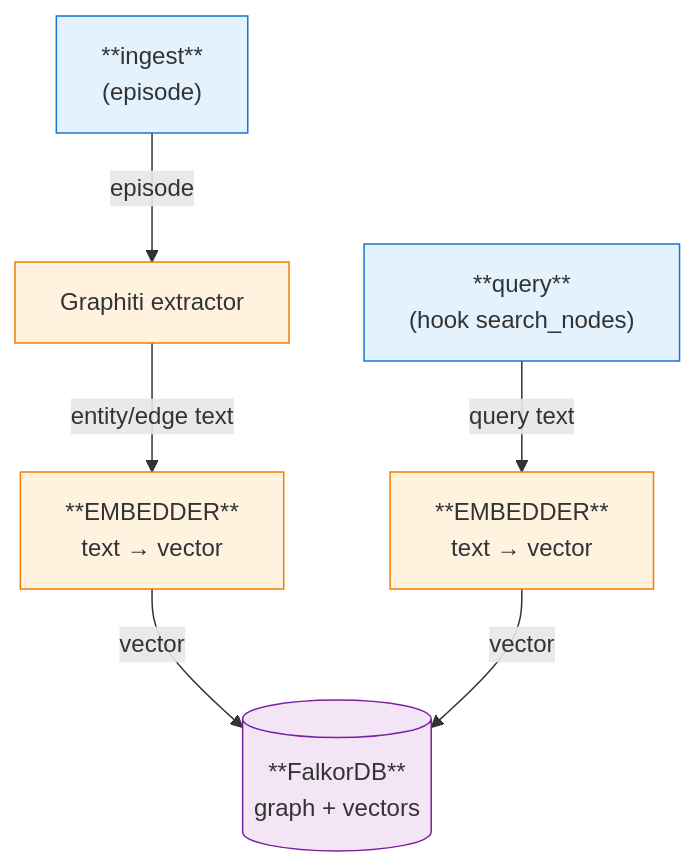
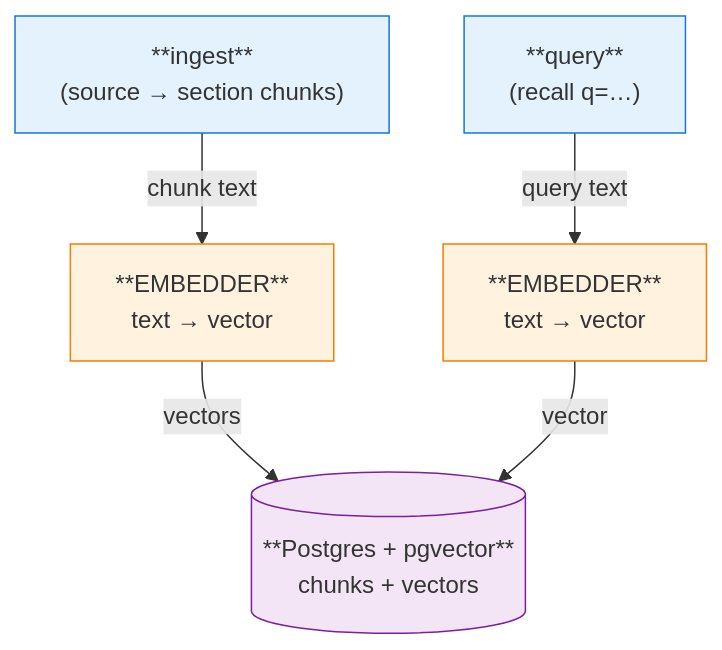
One commit to slaguardia/brainbot changed the diagram in docs/embedder.md. Above: the diagram before and after it, drawn with Mermaid. The commit also changed other lines of this file and 32 other files, not shown here.

First line of the commit message:
docs: consolidate all docs into docs/, prune dead graphiti-era docs + shipped plans

````diff
--- a/docs/embedder.md
+++ b/docs/embedder.md
@@ -19,22 +12,20 @@
 ```mermaid
 flowchart TD
-    ingest["**ingest**<br/>(episode)"]
-    extractor["Graphiti extractor"]
+    ingest["**ingest**<br/>(source → section chunks)"]
     embed1["**EMBEDDER**<br/>text → vector"]
-    falkor[("**FalkorDB**<br/>graph + vectors")]
+    pg[("**Postgres + pgvector**<br/>chunks + vectors")]
     embed2["**EMBEDDER**<br/>text → vector"]
-    query["**query**<br/>(hook search_nodes)"]
+    query["**query**<br/>(recall q=…)"]
 
-    ingest -->|episode| extractor
-    extractor -->|entity/edge text| embed1
-    embed1 -->|vector| falkor
+    ingest -->|chunk text| embed1
+    embed1 -->|vectors| pg
     query -->|query text| embed2
-    embed2 -->|vector| falkor
+    embed2 -->|vector| pg
 
     classDef io fill:#e3f2fd,stroke:#1976d2
     classDef svc fill:#fff3e0,stroke:#f57c00
     classDef store fill:#f3e5f5,stroke:#7b1fa2
     class ingest,query io
-    class extractor,embed1,embed2 svc
-    class falkor store
+    class embed1,embed2 svc
+    class pg store
 ```
````
